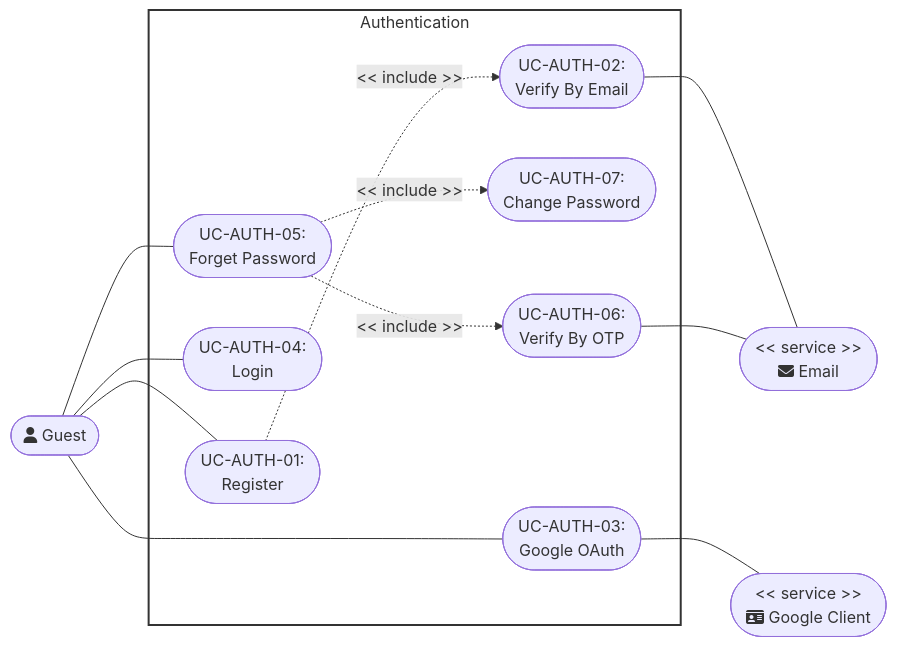
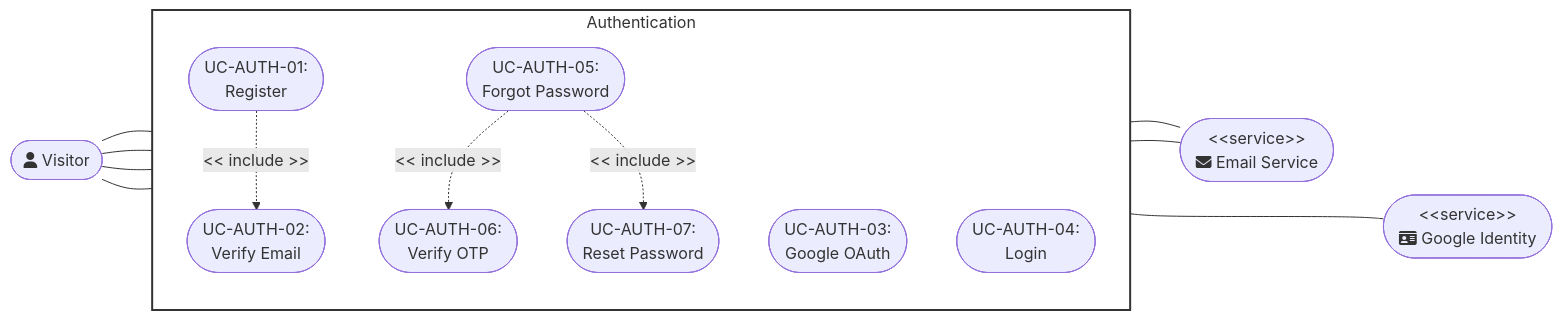
The second of 9 diagrams in docs/management/PA4/Use-CaseDiagram.md (DuyNhat1705/AmeThyst-Library), drawn with Mermaid before and after one commit. The commit also changed other lines of this file and 13 other files, not shown here.

````diff
--- a/docs/management/PA4/Use-CaseDiagram.md
+++ b/docs/management/PA4/Use-CaseDiagram.md
@@ -53,47 +57,35 @@
 ```mermaid
 flowchart LR
-    %% Left Actor
-    ActorGuest(["<center>fa:fa-user Guest</center>"])
-        %% Central System Boundary Subgraph
+    Visitor(["<center>fa:fa-user Visitor</center>"])
+
     subgraph Authentication [Authentication]
-        UC_Reg(["<center>UC-AUTH-01:<br>Register</center>"])
-        UC_OAuth(["<center> UC-AUTH-03:<br>Google OAuth</center>"])
-        UC_Login(["<center>UC-AUTH-04:<br>Login</center>"])
-        UC_Forget(["<center>UC-AUTH-05:<br>Forget Password</center>"])
-        UC_Change(["<center>UC-AUTH-07:<br>Change Password</center>"])
-        UC_VerifyEmail(["<center>UC-AUTH-02:<br>Verify By Email</center>"])
-        UC_VerifyOTP(["<center>UC-AUTH-06:<br>Verify By OTP</center>"])
+        direction TB
+        UC_Register(["<center>UC-AUTH-01:<br/>Register</center>"])
+        UC_VerifyEmail(["<center>UC-AUTH-02:<br/>Verify Email</center>"])
+        UC_OAuth(["<center>UC-AUTH-03:<br/>Google OAuth</center>"])
+        UC_Login(["<center>UC-AUTH-04:<br/>Login</center>"])
+        UC_Forgot(["<center>UC-AUTH-05:<br/>Forgot Password</center>"])
+        UC_VerifyOTP(["<center>UC-AUTH-06:<br/>Verify OTP</center>"])
+        UC_Reset(["<center>UC-AUTH-07:<br/>Reset Password</center>"])
+
+        UC_Register -. "<< include >>" .-> UC_VerifyEmail
+        UC_Forgot -. "<< include >>" .-> UC_VerifyOTP
+        UC_Forgot -. "<< include >>" .-> UC_Reset
     end
 
-    %% Right Actors
-    ActorEmail(["<center>&lt;&lt; service &gt;&gt;<br>fa:fa-envelope Email</center>"])
-    ActorGoogle(["<center>&lt;&lt; service &gt;&gt;<br>fa:fa-id-card Google Client</center>"])
+    Email(["<center>&lt;&lt;service&gt;&gt;<br/>fa:fa-envelope Email Service</center>"])
+    Google(["<center>&lt;&lt;service&gt;&gt;<br/>fa:fa-id-card Google Identity</center>"])
 
-    %% -------------------------------------------------------------
-    %% Structural Layout Anchors (Invisible lines to center-align the subgraph)
-    %% -------------------------------------------------------------
-    ActorGuest ~~~ Authentication ~~~ ActorEmail
-    ActorGuest ~~~ Authentication ~~~~ ActorGoogle
+    Visitor ~~~ Authentication ~~~ Email
+    Visitor ~~~ Authentication ~~~~ Google
 
-    %% -------------------------------------------------------------
-    %% Actual Connections (Matching your image exactly)
-    %% -------------------------------------------------------------
-    %% Left Actor Associations
-    ActorGuest --- UC_Reg
-    ActorGuest --- UC_OAuth
-    ActorGuest --- UC_Login
-    ActorGuest --- UC_Forget
+    Visitor --- UC_Register
+    Visitor --- UC_OAuth
+    Visitor --- UC_Login
+    Visitor --- UC_Forgot
+    UC_VerifyEmail --- Email
+    UC_VerifyOTP --- Email
+    UC_OAuth --- Google
 
-    %% Subgraph Internal Include Relationships
-    UC_Reg -. "<< include >>" .-> UC_VerifyEmail
-    UC_Forget -. "<< include >>" .-> UC_VerifyOTP
-    UC_Forget -. "<< include >>" .-> UC_Change
-
-    %% Right Actor Associations
-    UC_VerifyEmail --- ActorEmail
-    UC_OAuth --- ActorGoogle
-    UC_VerifyOTP --- ActorEmail
-
-    %% Styling
     style Authentication fill:#fff,stroke:#333,stroke-width:2px
 ```
````
